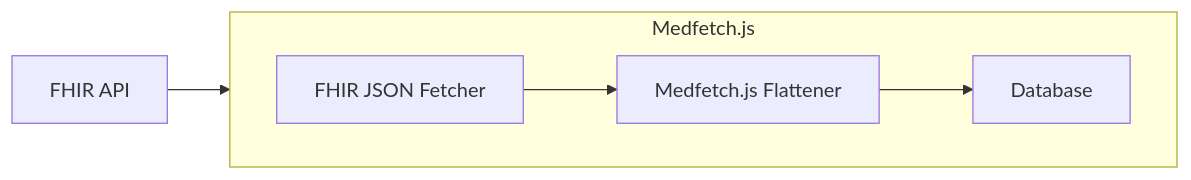
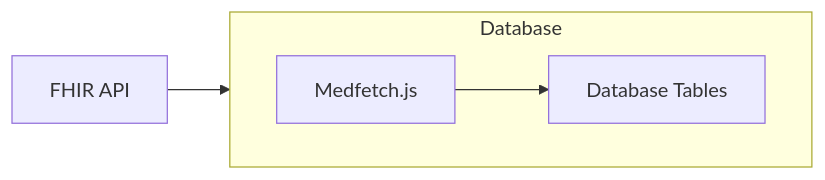
One commit to nestorhealth/medfetch.js changed the second of 3 diagrams in medfetch/docs/app/page.mdx. Above: the diagram before and after it, drawn with Mermaid. The commit also changed other lines of this file and 17 other files, not shown here.

````diff
--- a/medfetch/docs/app/page.mdx
+++ b/medfetch/docs/app/page.mdx
@@ -39,8 +45,8 @@
 ```mermaid
 flowchart LR
-    subgraph MEDFETCH [Medfetch.js]
+    subgraph MEDFETCH [Database]
         direction LR
-        A[FHIR JSON Fetcher] --> B[Medfetch.js Flattener] --> C[Database]
+        A[Medfetch.js] --> B[Database Tables]
     end
     Z[FHIR API] --> A
 ```
````
